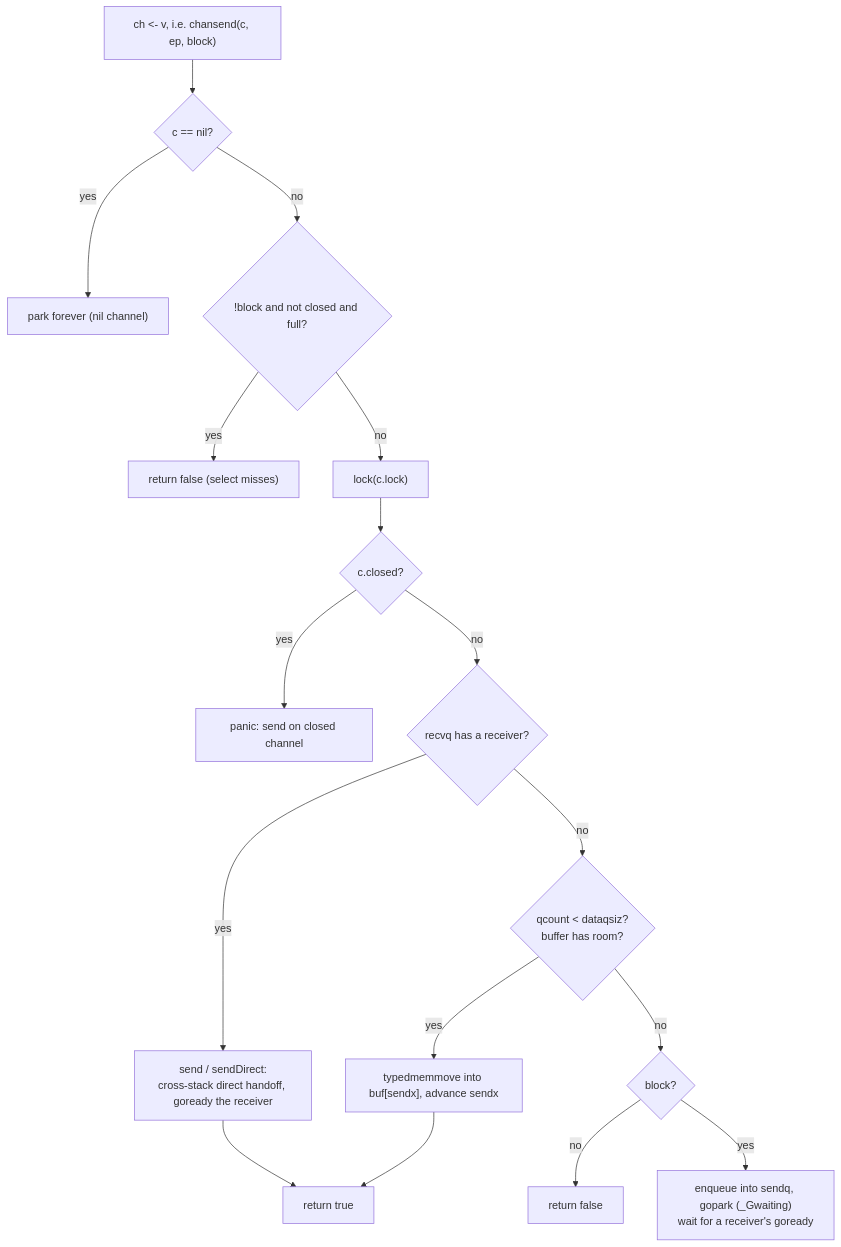
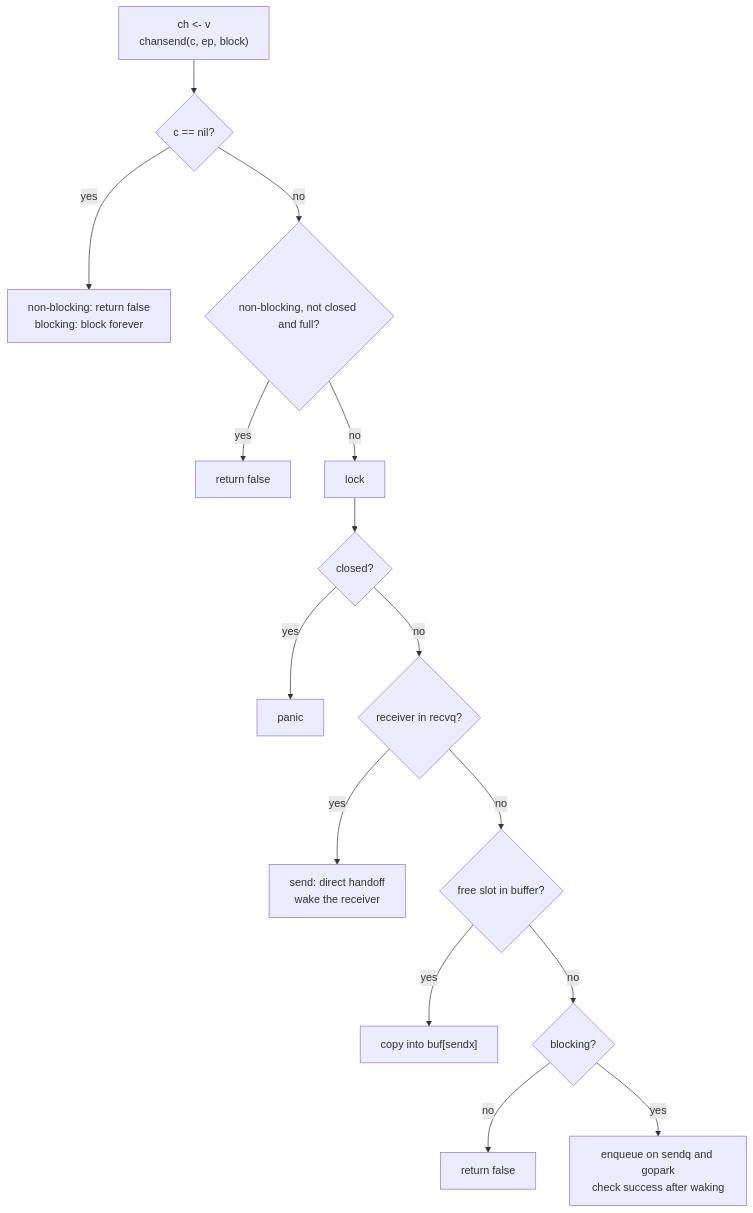
One commit to golang-design/under-the-hood changed the diagram in book/en-us/part3concurrency/ch10chan/sendrecv.md. Above: the diagram before and after it, drawn with Mermaid. The commit also changed other lines of this file and 30 other files, not shown here.

````diff
--- a/book/en-us/part3concurrency/ch10chan/sendrecv.md
+++ b/book/en-us/part3concurrency/ch10chan/sendrecv.md
@@ -194,19 +227,17 @@
 ```mermaid
 flowchart TD
-    S["ch &lt;- v, i.e. chansend(c, ep, block)"] --> NIL{"c == nil?"}
-    NIL -->|yes| PARK0["park forever (nil channel)"]
-    NIL -->|no| FAST{"!block and not closed and full?"}
-    FAST -->|yes| RF["return false (select misses)"]
-    FAST -->|no| LOCK["lock(c.lock)"]
-    LOCK --> CL{"c.closed?"}
-    CL -->|yes| PANIC["panic: send on closed channel"]
-    CL -->|no| RECVQ{"recvq has a receiver?"}
-    RECVQ -->|yes| DIRECT["send / sendDirect:<br/>cross-stack direct handoff, goready the receiver"]
-    RECVQ -->|no| BUF{"qcount &lt; dataqsiz?<br/>buffer has room?"}
-    BUF -->|yes| COPY["typedmemmove into buf[sendx], advance sendx"]
-    BUF -->|no| BLK{"block?"}
+    S["ch &lt;- v<br/>chansend(c, ep, block)"] --> NIL{"c == nil?"}
+    NIL -->|yes| PARK0["non-blocking: return false<br/>blocking: block forever"]
+    NIL -->|no| FAST{"non-blocking, not closed and full?"}
+    FAST -->|yes| RF["return false"]
+    FAST -->|no| LOCK["lock"]
+    LOCK --> CL{"closed?"}
+    CL -->|yes| PANIC["panic"]
+    CL -->|no| RECVQ{"receiver in recvq?"}
+    RECVQ -->|yes| DIRECT["send: direct handoff<br/>wake the receiver"]
+    RECVQ -->|no| BUF{"free slot in buffer?"}
+    BUF -->|yes| COPY["copy into buf[sendx]"]
+    BUF -->|no| BLK{"blocking?"}
     BLK -->|no| RF2["return false"]
-    BLK -->|yes| ENQ["enqueue into sendq, gopark (_Gwaiting)<br/>wait for a receiver's goready"]
-    DIRECT --> OK["return true"]
-    COPY --> OK
+    BLK -->|yes| ENQ["enqueue on sendq and gopark<br/>check success after waking"]
 ```
````
